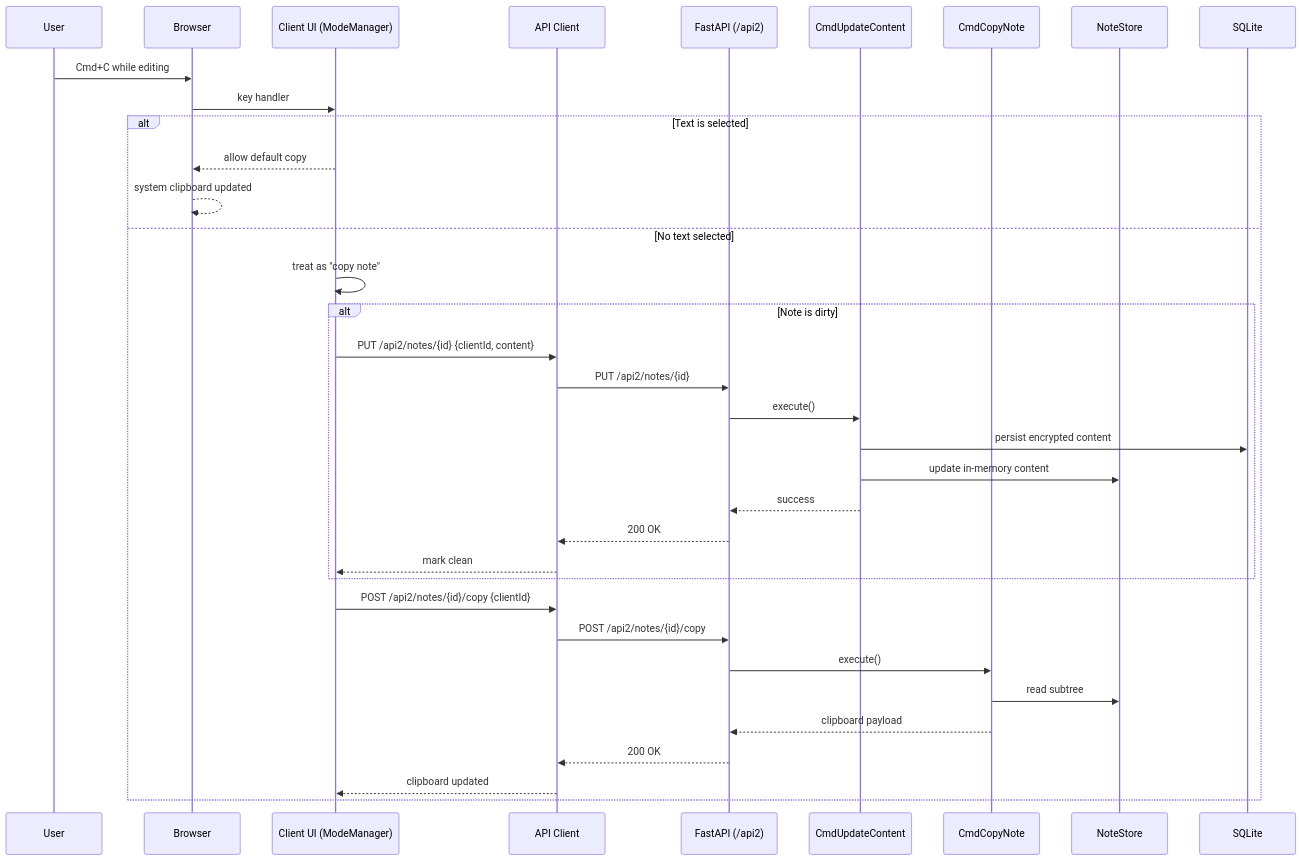
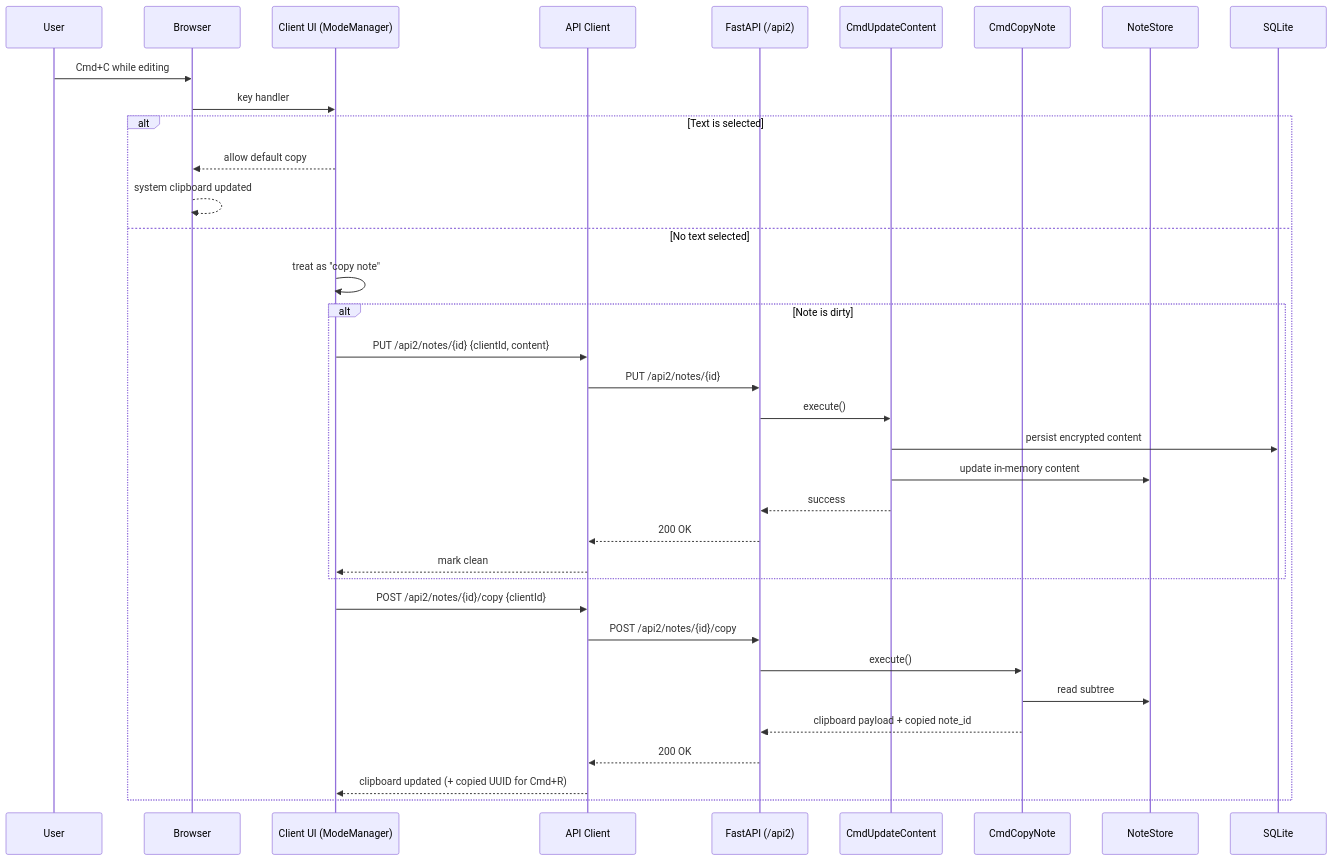
The diagram in docs/diagrams/copy-note-flow.md (evolvingstuff/metalist), drawn with Mermaid before and after one commit. The commit also changed other lines of this file and 8 other files, not shown here.

````diff
--- a/docs/diagrams/copy-note-flow.md
+++ b/docs/diagrams/copy-note-flow.md
@@ -7,41 +8,41 @@
 ```mermaid
 sequenceDiagram
     participant U as User
     participant Browser as Browser
     participant Client as Client UI (ModeManager)
     participant API as API Client
     participant Server as FastAPI (/api2)
     participant Update as CmdUpdateContent
     participant Copy as CmdCopyNote
     participant Store as NoteStore
     participant DB as SQLite
 
     U->>Browser: Cmd+C while editing
     Browser->>Client: key handler
 
     alt Text is selected
         Client-->>Browser: allow default copy
         Browser-->>Browser: system clipboard updated
     else No text selected
         Client->>Client: treat as "copy note"
 
         alt Note is dirty
             Client->>API: PUT /api2/notes/{id} {clientId, content}
             API->>Server: PUT /api2/notes/{id}
             Server->>Update: execute()
             Update->>DB: persist encrypted content
             Update->>Store: update in-memory content
             Update-->>Server: success
             Server-->>API: 200 OK
             API-->>Client: mark clean
         end
 
         Client->>API: POST /api2/notes/{id}/copy {clientId}
         API->>Server: POST /api2/notes/{id}/copy
         Server->>Copy: execute()
         Copy->>Store: read subtree
-        Copy-->>Server: clipboard payload
+        Copy-->>Server: clipboard payload + copied note_id
         Server-->>API: 200 OK
-        API-->>Client: clipboard updated
+        API-->>Client: clipboard updated (+ copied UUID for Cmd+R)
     end
 ```
````
